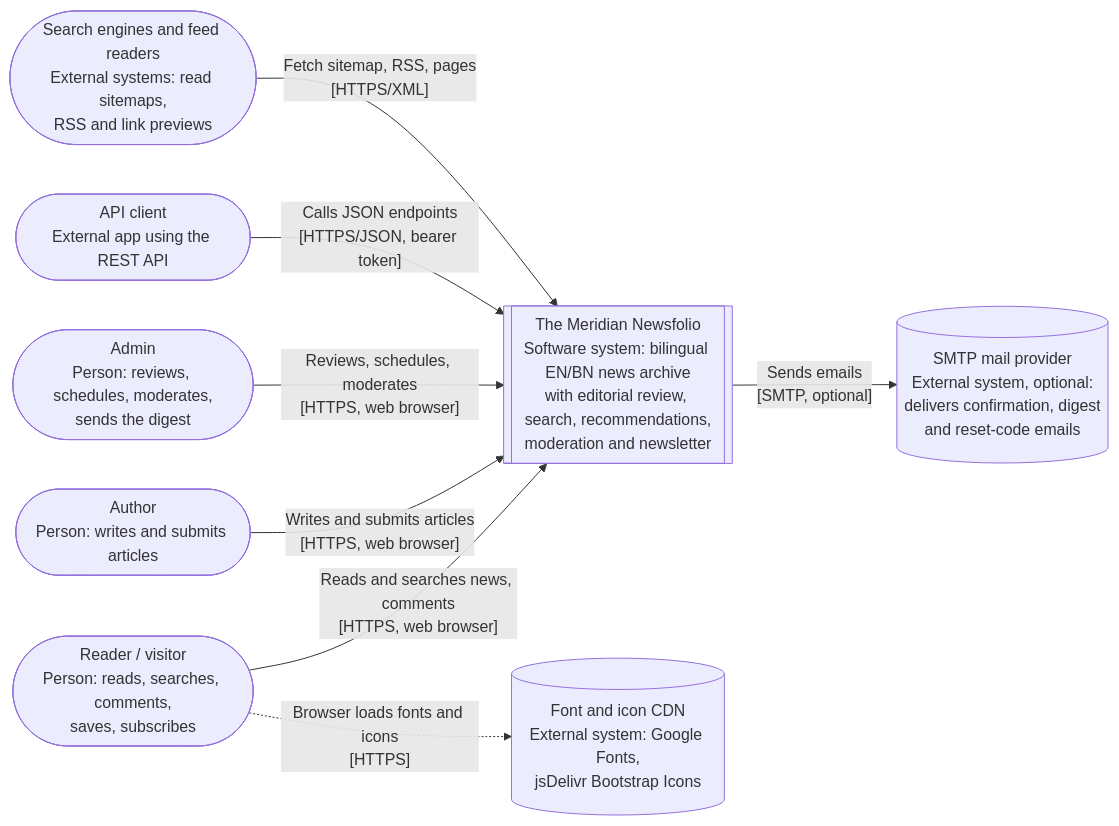
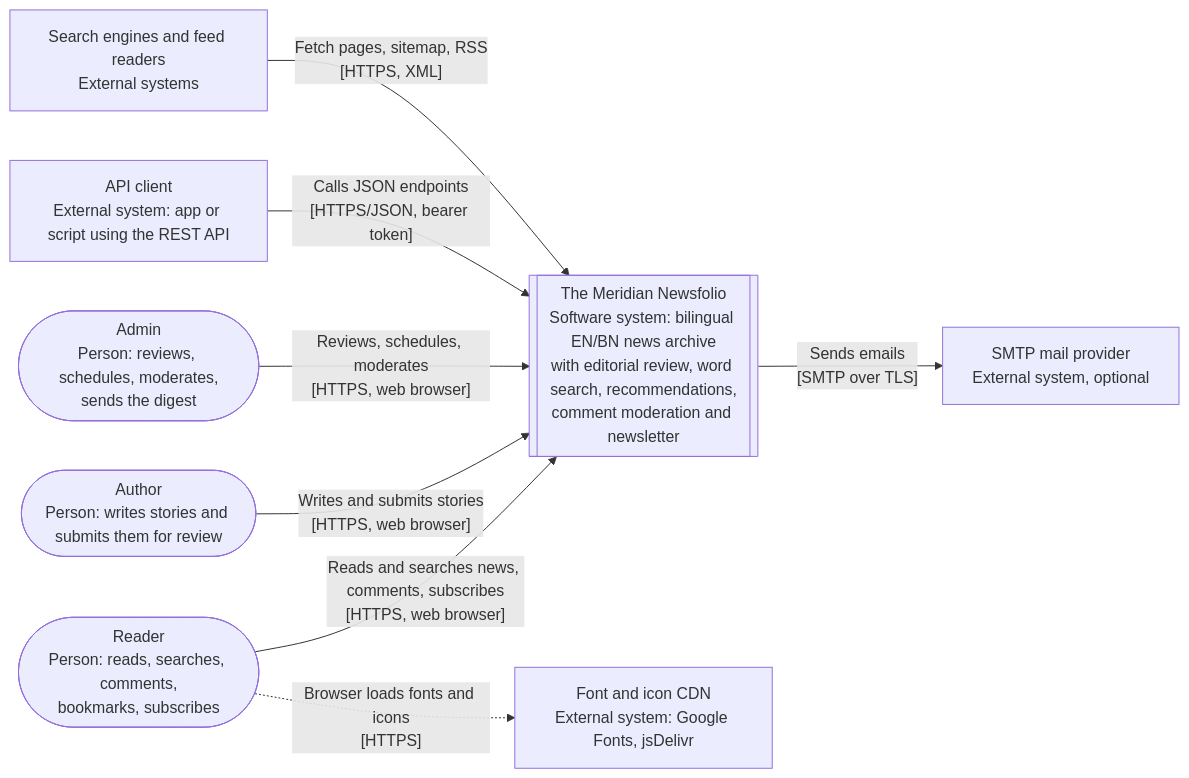
Before and after one commit to sadatnuman/News-Archive-.Net-Core-MVC-3-tier-Architecture-: the first of 3 diagrams in sadp_delivery/09_C4_AND_4PLUS1/C4_DIAGRAMS.md, drawn with Mermaid. The commit also changed other lines of this file and 50 other files, not shown here.

First line of the commit message:
Block stale edits and concurrent decisions with clear conflicts, narrow the archive contract, report unsent production mail, add a reproducible smoke test and benchmark, and update the SADP deliverables

````diff
--- a/sadp_delivery/09_C4_AND_4PLUS1/C4_DIAGRAMS.md
+++ b/sadp_delivery/09_C4_AND_4PLUS1/C4_DIAGRAMS.md
@@ -15,19 +48,19 @@
 ```mermaid
 flowchart LR
-    reader([Reader / visitor<br/>Person: reads, searches, comments,<br/>saves, subscribes])
-    author([Author<br/>Person: writes and submits articles])
+    reader([Reader<br/>Person: reads, searches, comments,<br/>bookmarks, subscribes])
+    author([Author<br/>Person: writes stories and submits them for review])
     admin([Admin<br/>Person: reviews, schedules, moderates,<br/>sends the digest])
-    apiclient([API client<br/>External app using the REST API])
-    system[["The Meridian Newsfolio<br/>Software system: bilingual EN/BN news archive<br/>with editorial review, search, recommendations,<br/>moderation and newsletter"]]
-    smtp[(SMTP mail provider<br/>External system, optional:<br/>delivers confirmation, digest<br/>and reset-code emails)]
-    crawlers([Search engines and feed readers<br/>External systems: read sitemaps,<br/>RSS and link previews])
-    cdn[(Font and icon CDN<br/>External system: Google Fonts,<br/>jsDelivr Bootstrap Icons)]
+    apiclient[API client<br/>External system: app or script using the REST API]
+    system[["The Meridian Newsfolio<br/>Software system: bilingual EN/BN news archive<br/>with editorial review, word search, recommendations,<br/>comment moderation and newsletter"]]
+    smtp[SMTP mail provider<br/>External system, optional]
+    crawlers[Search engines and feed readers<br/>External systems]
+    cdn[Font and icon CDN<br/>External system: Google Fonts, jsDelivr]
 
-    reader -- "Reads and searches news, comments<br/>[HTTPS, web browser]" --> system
-    author -- "Writes and submits articles<br/>[HTTPS, web browser]" --> system
+    reader -- "Reads and searches news, comments, subscribes<br/>[HTTPS, web browser]" --> system
+    author -- "Writes and submits stories<br/>[HTTPS, web browser]" --> system
     admin -- "Reviews, schedules, moderates<br/>[HTTPS, web browser]" --> system
     apiclient -- "Calls JSON endpoints<br/>[HTTPS/JSON, bearer token]" --> system
-    system -- "Sends emails<br/>[SMTP, optional]" --> smtp
-    crawlers -- "Fetch sitemap, RSS, pages<br/>[HTTPS/XML]" --> system
+    crawlers -- "Fetch pages, sitemap, RSS<br/>[HTTPS, XML]" --> system
+    system -- "Sends emails<br/>[SMTP over TLS]" --> smtp
     reader -. "Browser loads fonts and icons<br/>[HTTPS]" .-> cdn
 ```
````
